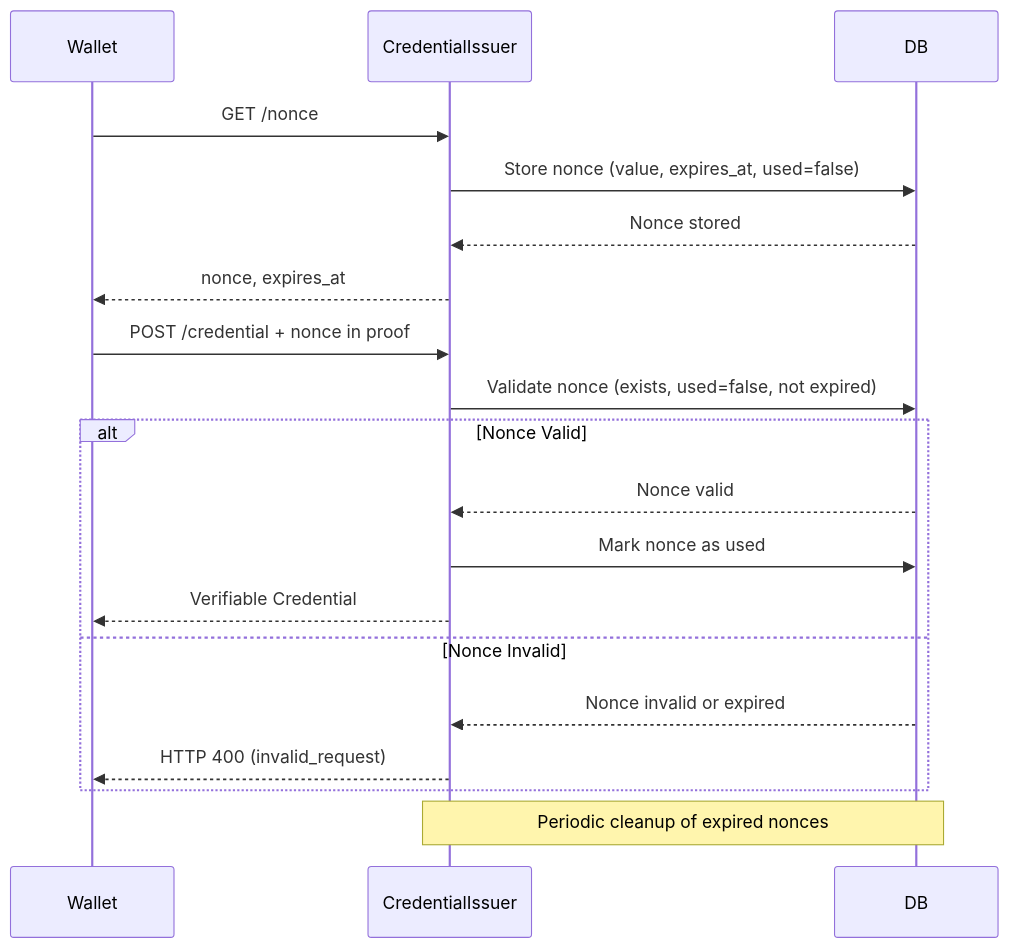
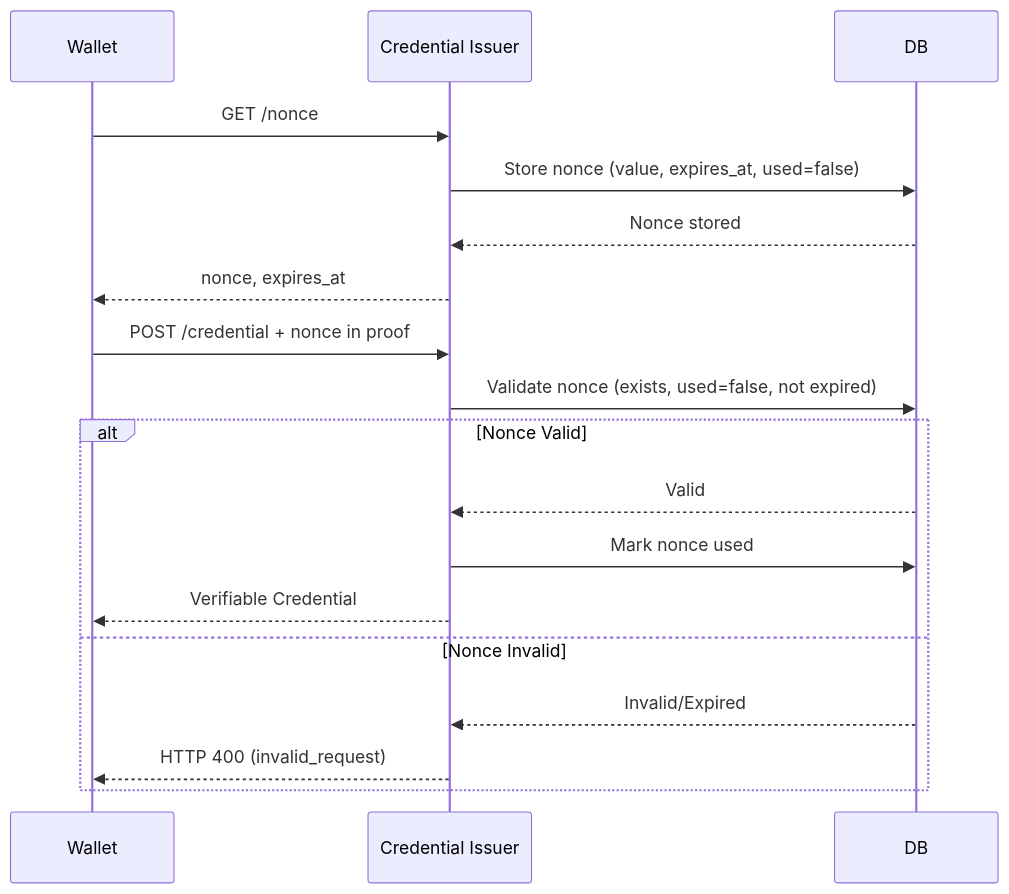
Before and after one commit to weiiv/di-auth-server: the sixth of 7 diagrams in README.md, drawn with Mermaid. The commit also changed other lines of this file, not shown here.

````diff
--- a/README.md
+++ b/README.md
@@ -540,21 +351,20 @@
 ```mermaid
 sequenceDiagram
     participant Wallet
-    participant CredentialIssuer
+    participant CredentialIssuer as Credential Issuer
     participant DB
     Wallet->>CredentialIssuer: GET /nonce
     CredentialIssuer->>DB: Store nonce (value, expires_at, used=false)
     DB-->>CredentialIssuer: Nonce stored
     CredentialIssuer-->>Wallet: nonce, expires_at
     Wallet->>CredentialIssuer: POST /credential + nonce in proof
     CredentialIssuer->>DB: Validate nonce (exists, used=false, not expired)
     alt Nonce Valid
-    DB-->>CredentialIssuer: Nonce valid
-    CredentialIssuer->>DB: Mark nonce as used
-    CredentialIssuer-->>Wallet: Verifiable Credential
+      DB-->>CredentialIssuer: Valid
+      CredentialIssuer->>DB: Mark nonce used
+      CredentialIssuer-->>Wallet: Verifiable Credential
     else Nonce Invalid
-    DB-->>CredentialIssuer: Nonce invalid or expired
-    CredentialIssuer-->>Wallet: HTTP 400 (invalid_request)
+      DB-->>CredentialIssuer: Invalid/Expired
+      CredentialIssuer-->>Wallet: HTTP 400 (invalid_request)
     end
-    Note over CredentialIssuer,DB: Periodic cleanup of expired nonces
 ```
````
